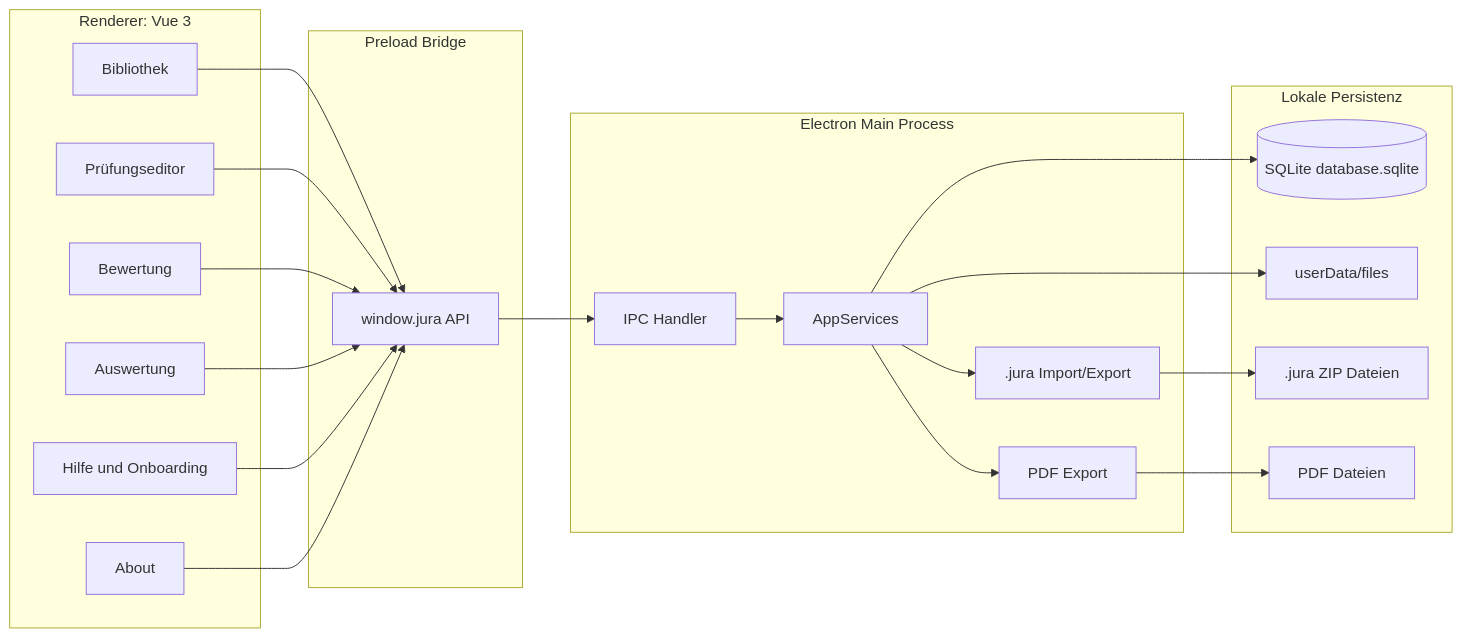
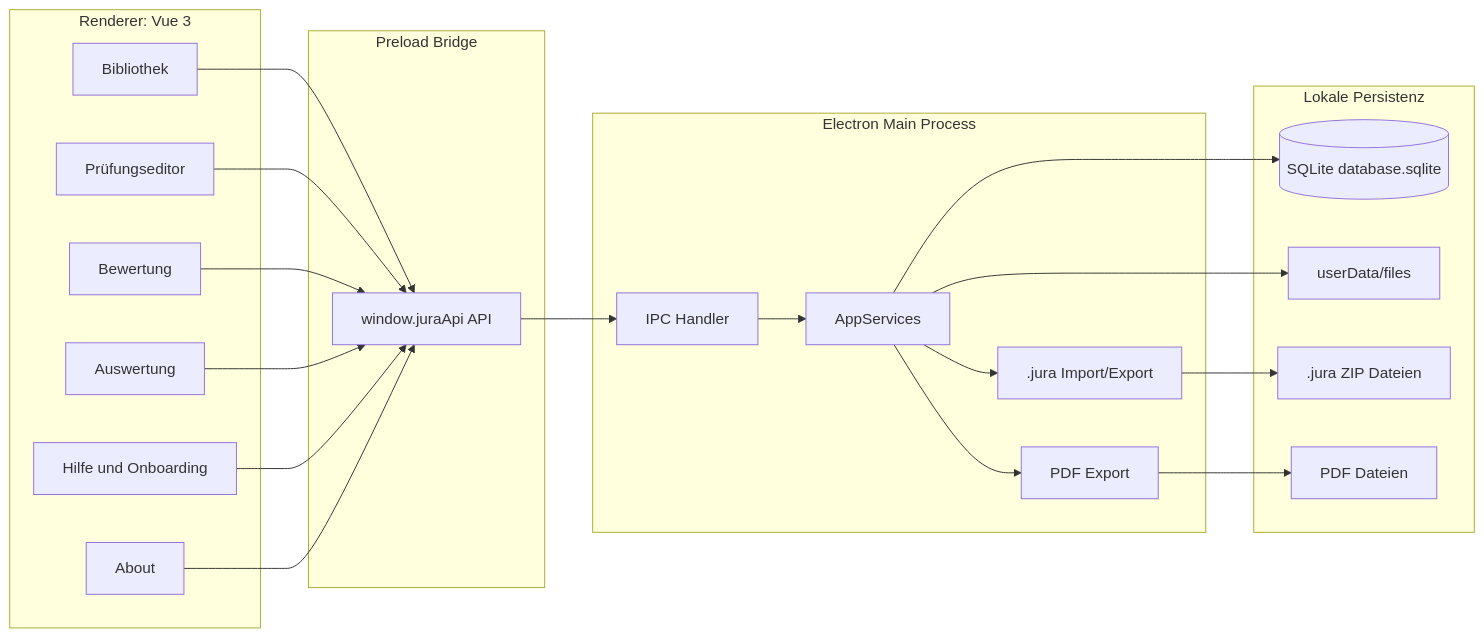
The first of 10 diagrams in docs/architecture.md (SbstnErhrdt/jura-wolpertinger), drawn with Mermaid before and after one commit. The commit also changed other lines of this file and 4 other files, not shown here.

````diff
--- a/docs/architecture.md
+++ b/docs/architecture.md
@@ -11,44 +11,44 @@
 ```mermaid
 flowchart LR
   subgraph Renderer["Renderer: Vue 3"]
     Dashboard["Bibliothek"]
     Editor["Prüfungseditor"]
     Correction["Bewertung"]
     Analytics["Auswertung"]
     Help["Hilfe und Onboarding"]
     About["About"]
   end
 
   subgraph Preload["Preload Bridge"]
-    Api["window.jura API"]
+    Api["window.juraApi API"]
   end
 
   subgraph Main["Electron Main Process"]
     Ipc["IPC Handler"]
     Services["AppServices"]
     Pdf["PDF Export"]
     Package[".jura Import/Export"]
   end
 
   subgraph Storage["Lokale Persistenz"]
     Db[("SQLite database.sqlite")]
     Files["userData/files"]
     Packages[".jura ZIP Dateien"]
     PdfFiles["PDF Dateien"]
   end
 
   Dashboard --> Api
   Editor --> Api
   Correction --> Api
   Analytics --> Api
   Help --> Api
   About --> Api
   Api --> Ipc
   Ipc --> Services
   Services --> Db
   Services --> Files
   Services --> Package
   Package --> Packages
   Pdf --> PdfFiles
   Services --> Pdf
 ```
````
